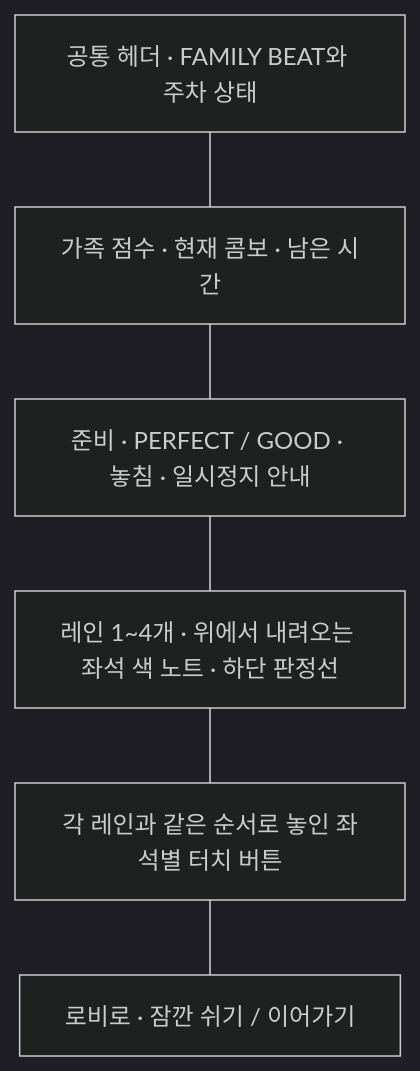
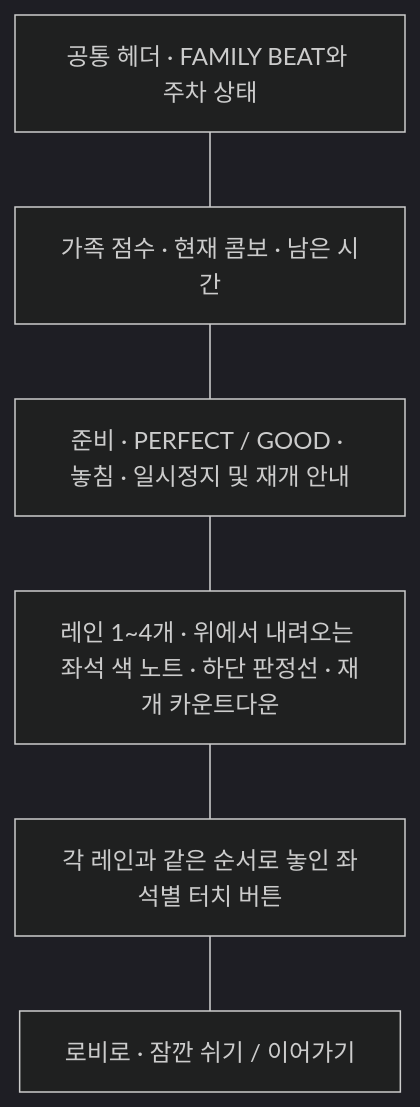
Before and after one commit to Cocoa7-55a/Beat-rider: the second of 3 diagrams in docs/project-status.md, drawn with Mermaid (dark theme). The commit also changed other lines of this file and 4 other files, not shown here.

````diff
--- a/docs/project-status.md
+++ b/docs/project-status.md
@@ -54,10 +59,10 @@
 ```mermaid
 flowchart TB
     Header["공통 헤더 · FAMILY BEAT와 주차 상태"]
     HUD["가족 점수 · 현재 콤보 · 남은 시간"]
-    Feedback["준비 · PERFECT / GOOD · 놓침 · 일시정지 안내"]
-    Canvas["레인 1~4개 · 위에서 내려오는 좌석 색 노트 · 하단 판정선"]
+    Feedback["준비 · PERFECT / GOOD · 놓침 · 일시정지 및 재개 안내"]
+    Canvas["레인 1~4개 · 위에서 내려오는 좌석 색 노트 · 하단 판정선 · 재개 카운트다운"]
     Touch["각 레인과 같은 순서로 놓인 좌석별 터치 버튼"]
     Controls["로비로 · 잠깐 쉬기 / 이어가기"]
     Header --- HUD --- Feedback --- Canvas --- Touch --- Controls
 ```
````
